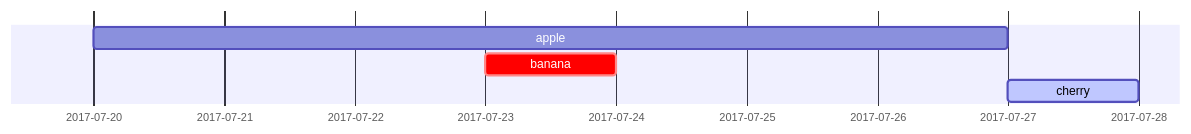
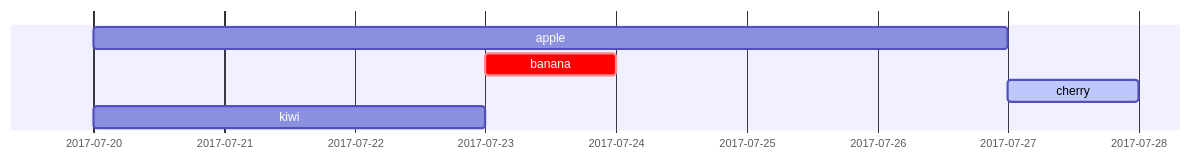
One commit to mermaid-js/mermaid changed the third of 8 diagrams in docs/syntax/gantt.md. Above: the diagram before and after it, drawn with Mermaid. The commit also changed other lines of this file and 3 other files, not shown here.

Commit message:
implement until keyword in gantt charts

````diff
--- a/docs/syntax/gantt.md
+++ b/docs/syntax/gantt.md
@@ -126,6 +130,7 @@
 ```mermaid
 gantt
     apple :a, 2017-07-20, 1w
     banana :crit, b, 2017-07-23, 1d
     cherry :active, c, after b a, 1d
+    kiwi   :d, 2017-07-20, until b c
 ```
````
